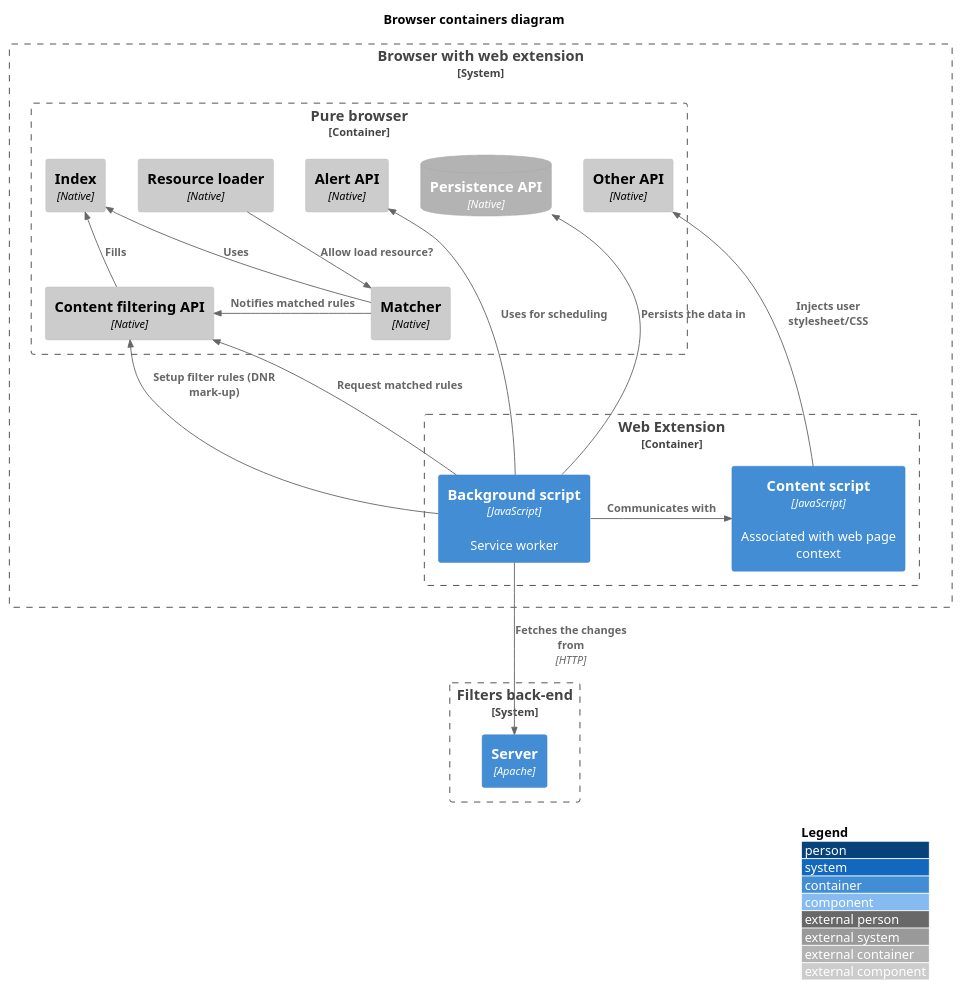
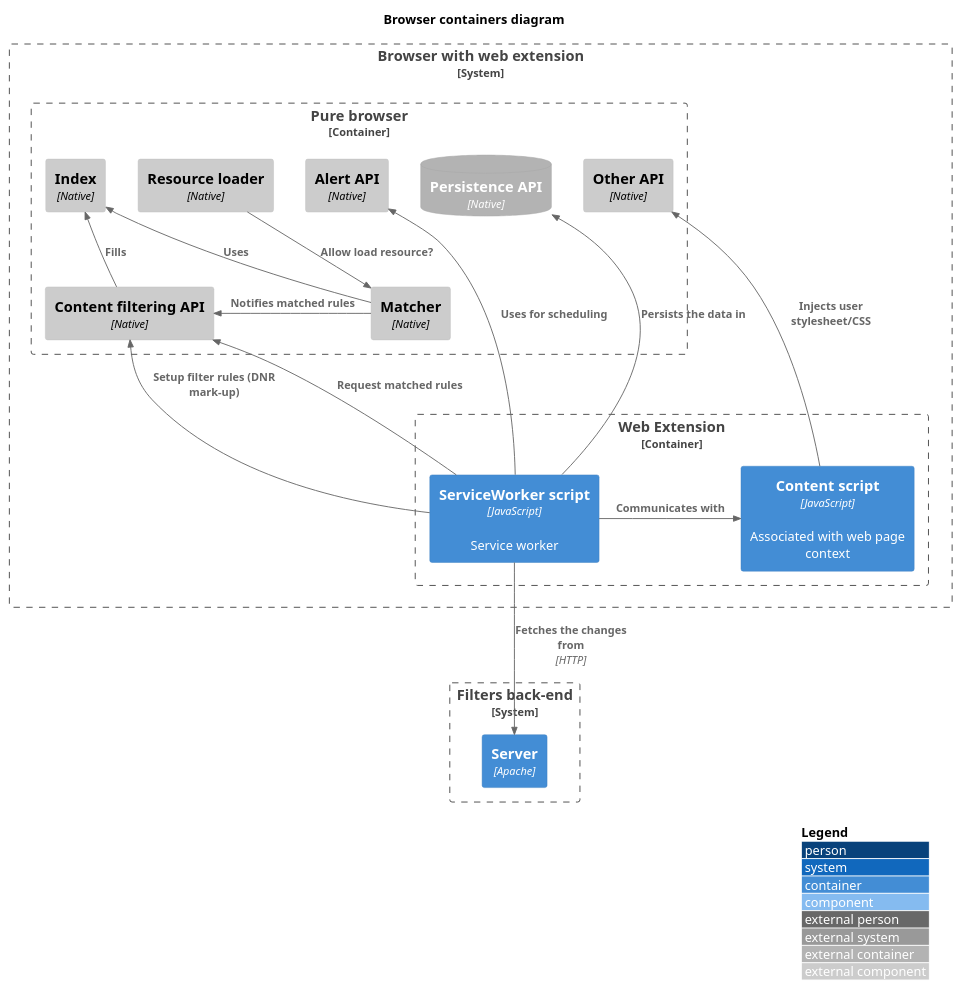
The diagram in containers_browser.puml (4ntoine/mv3_spec_c4), drawn with PlantUML before and after one commit. The commit also changed 4 other files, not shown here.

```diff
--- a/containers_browser.puml
+++ b/containers_browser.puml
@@ -1,43 +1,43 @@
 @startuml
 !include https://raw.githubusercontent.com/plantuml-stdlib/C4-PlantUML/master/C4_Context.puml
 !include https://raw.githubusercontent.com/plantuml-stdlib/C4-PlantUML/master/C4_Container.puml
 !include https://raw.githubusercontent.com/plantuml-stdlib/C4-PlantUML/master/C4_Component.puml
 
 title Browser containers diagram
 LAYOUT_WITH_LEGEND()
 
 ' system itself
 System_Boundary(browserSystem, "Browser with web extension") {
   Container_Boundary(browserContainer, "Pure browser", "Native") {
     Component_Ext(browserCore, "Content filtering API", "Native")
     Component_Ext(browserApi, "Other API", "Native")
     Component_Ext(index, "Index", "Native")
     Component_Ext(matcher, "Matcher", "Native")
     Component_Ext(loader, "Resource loader", "Native")
     ContainerDb_Ext(persistence, "Persistence API", "Native")
     Component_Ext(schedulers, "Alert API", "Native")
   }
 
   Container_Boundary(webExtContainer, "Web Extension") {
     Container(webExtContent, "Content script", "JavaScript", "Associated with web page context")
-    Container(webExtBackground, "Background script", "JavaScript", "Service worker")
+    Container(webExtBackground, "ServiceWorker script", "JavaScript", "Service worker")
   }
 }
 
 System_Boundary(backEndContainer, "Filters back-end") {
     Container(backEnd, "Server", "Apache")
 }
 
 ' relations
 Rel_U(webExtBackground, browserCore, "Request matched rules")
 Rel_U(webExtBackground, browserCore, "Setup filter rules (DNR mark-up)")
 Rel_U(webExtContent, browserApi, "Injects user stylesheet/CSS")
 Rel_U(webExtBackground, persistence, "Persists the data in")
 Rel_U(webExtBackground, schedulers, "Uses for scheduling")
 Rel_U(browserCore, index, "Fills")
 Rel_U(matcher, index, "Uses")
 Rel_D(loader, matcher, "Allow load resource?")
 Rel_L(matcher, browserCore, "Notifies matched rules")
 Rel_D(webExtBackground, backEnd, "Fetches the changes from", "HTTP")
 Rel_L(webExtBackground, webExtContent, "Communicates with")
 @enduml
```
